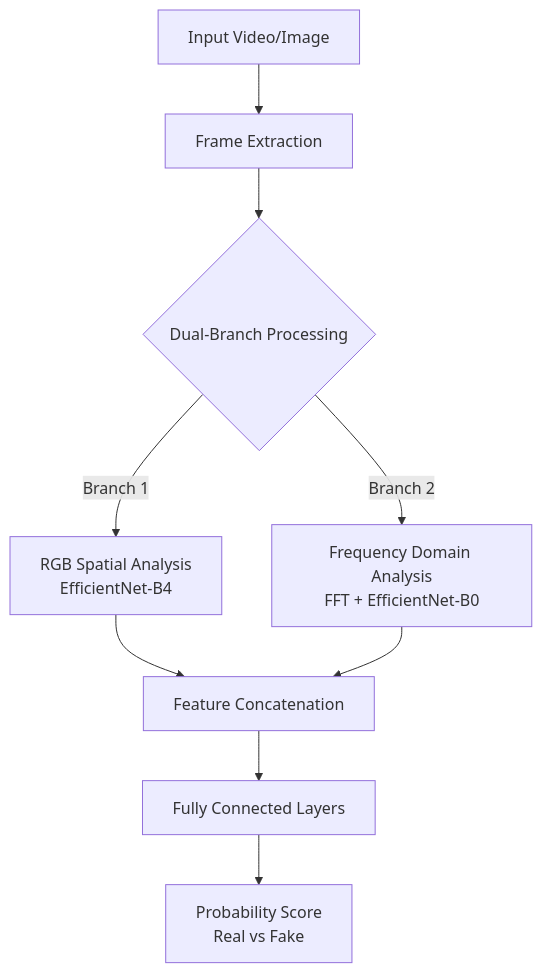
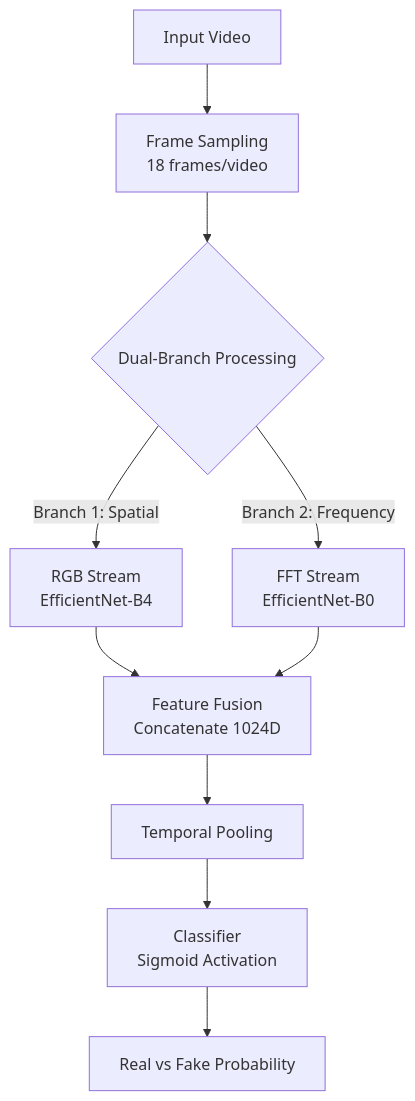
Before and after one commit to shreyankbr/FakeBuster-DeepFake-Detection-System: the diagram in README.md, drawn with Mermaid. The commit also changed other lines of this file, not shown here.

`````diff
--- a/README.md
+++ b/README.md
@@ -18,11 +25,12 @@
 ```mermaid
 graph TD
-    Input[Input Video/Image] --> A[Frame Extraction]
-    A --> B{Dual-Branch Processing}
-    B -->|Branch 1| C[RGB Spatial Analysis<br/>EfficientNet-B4]
-    B -->|Branch 2| D[Frequency Domain Analysis<br/>FFT + EfficientNet-B0]
-    C --> E[Feature Concatenation]
+    Input[Input Video] --> S[Frame Sampling<br/>18 frames/video]
+    S --> B{Dual-Branch Processing}
+    B -->|Branch 1: Spatial| C[RGB Stream<br/>EfficientNet-B4]
+    B -->|Branch 2: Frequency| D[FFT Stream<br/>EfficientNet-B0]
+    C --> E[Feature Fusion<br/>Concatenate 1024D]
     D --> E
-    E --> F[Fully Connected Layers]
-    F --> Output[Probability Score<br/>Real vs Fake]
+    E --> F[Temporal Pooling]
+    F --> G[Classifier<br/>Sigmoid Activation]
+    G --> Output[Real vs Fake Probability]
 ````
`````
